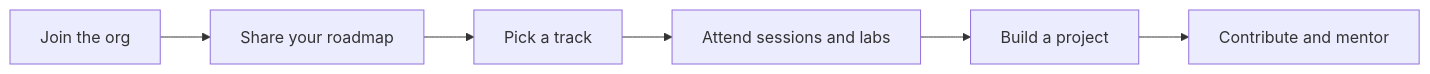
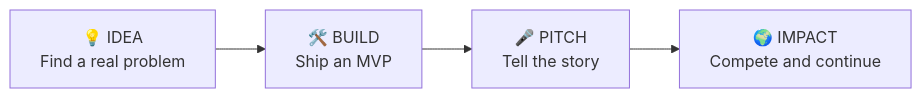
The diagram in profile/README.md (GDG-TUM/.github), drawn with Mermaid before and after one commit. The commit also changed other lines of this file, not shown here.

````diff
--- a/profile/README.md
+++ b/profile/README.md
@@ -65,8 +70,6 @@
 ```mermaid
 flowchart LR
-    A[Join the org] --> B[Share your roadmap]
-    B --> C[Pick a track]
-    C --> D[Attend sessions and labs]
-    D --> E[Build a project]
-    E --> F[Contribute and mentor]
+    A[💡 IDEA<br/>Find a real problem] --> B[🛠️ BUILD<br/>Ship an MVP]
+    B --> C[🎤 PITCH<br/>Tell the story]
+    C --> D[🌍 IMPACT<br/>Compete and continue]
 ```
````
